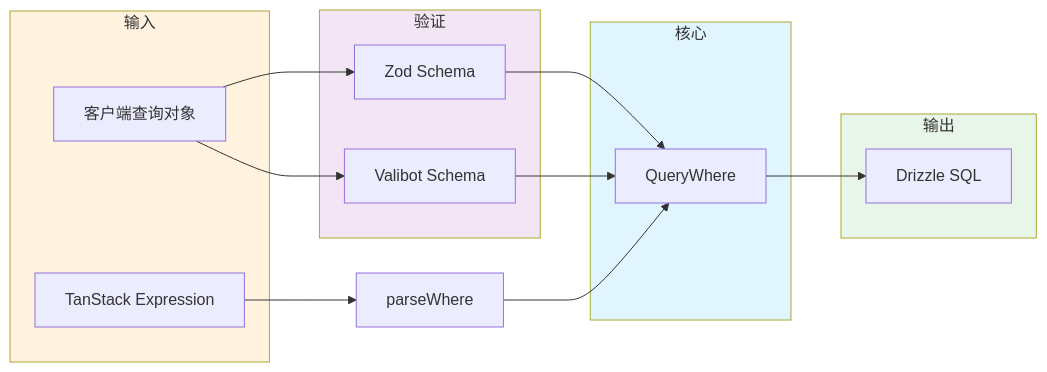
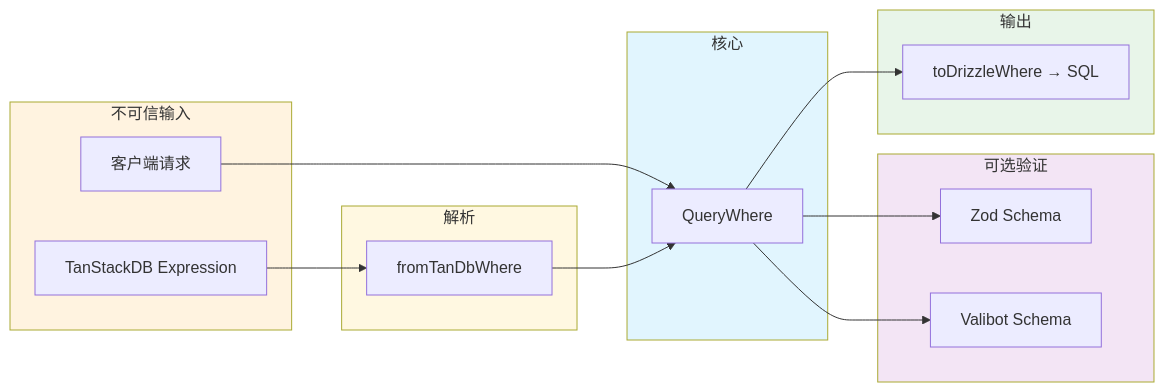
The second of 3 diagrams in README.md (Nahida-aa/agnostic-query), drawn with Mermaid before and after one commit. The commit also changed other lines of this file and 1 other file, not shown here.

````diff
--- a/README.md
+++ b/README.md
@@ -36,33 +36,36 @@
 ```mermaid
 flowchart LR
-    subgraph Input["输入"]
-        client[客户端查询对象]
-        tanstack_expr[TanStack Expression]
+    subgraph Input["不可信输入"]
+        client[客户端请求]
+        tanstack_expr[TanStackDB Expression]
     end
 
-    subgraph Validate["验证"]
+    subgraph Parse["解析"]
+        tanparse["fromTanDbWhere"]
+    end
+
+    subgraph Validate["可选验证"]
         zod[Zod Schema]
         valibot[Valibot Schema]
     end
 
     subgraph Core["核心"]
         qw[QueryWhere]
     end
 
     subgraph Output["输出"]
-        drizzle[Drizzle SQL]
+        drizzle[toDrizzleWhere → SQL]
     end
 
-    client --> zod
-    client --> valibot
-    zod --> qw
-    valibot --> qw
-    tanstack_expr --> tanstack_parse["parseWhere"]
-    tanstack_parse --> qw
+    client --> qw
+    qw --> zod
+    qw --> valibot
+    tanstack_expr --> tanparse --> qw
     qw --> drizzle
 
     style Input fill:#fff3e0
+    style Parse fill:#fff8e1
     style Validate fill:#f3e5f5
     style Core fill:#e1f5fe
     style Output fill:#e8f5e9
 ```
````
